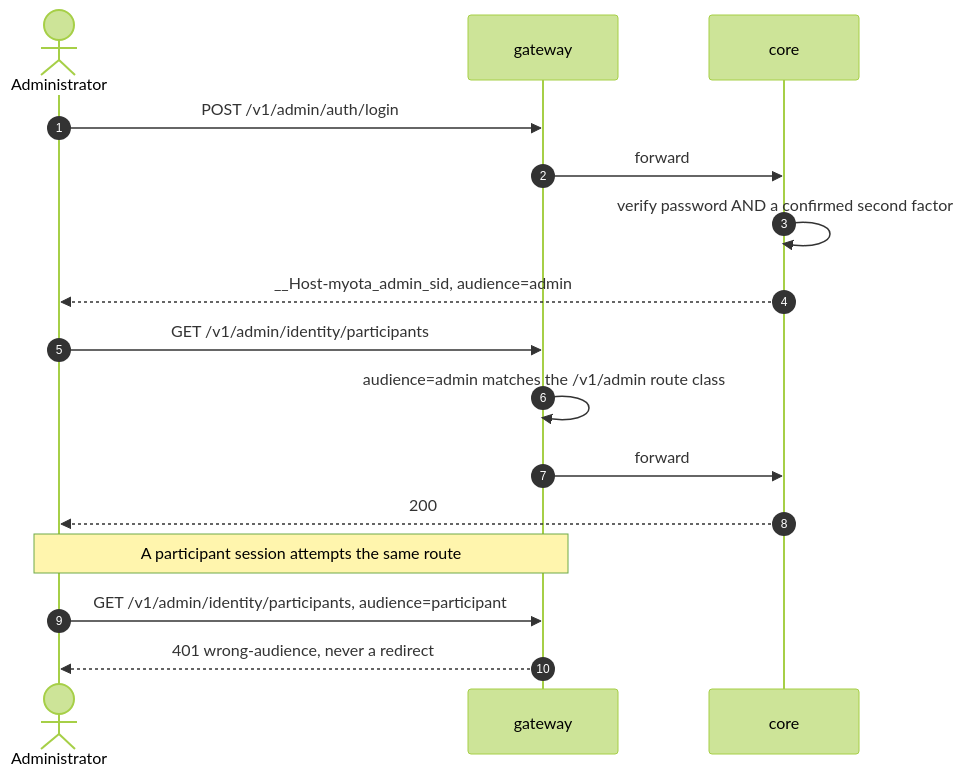
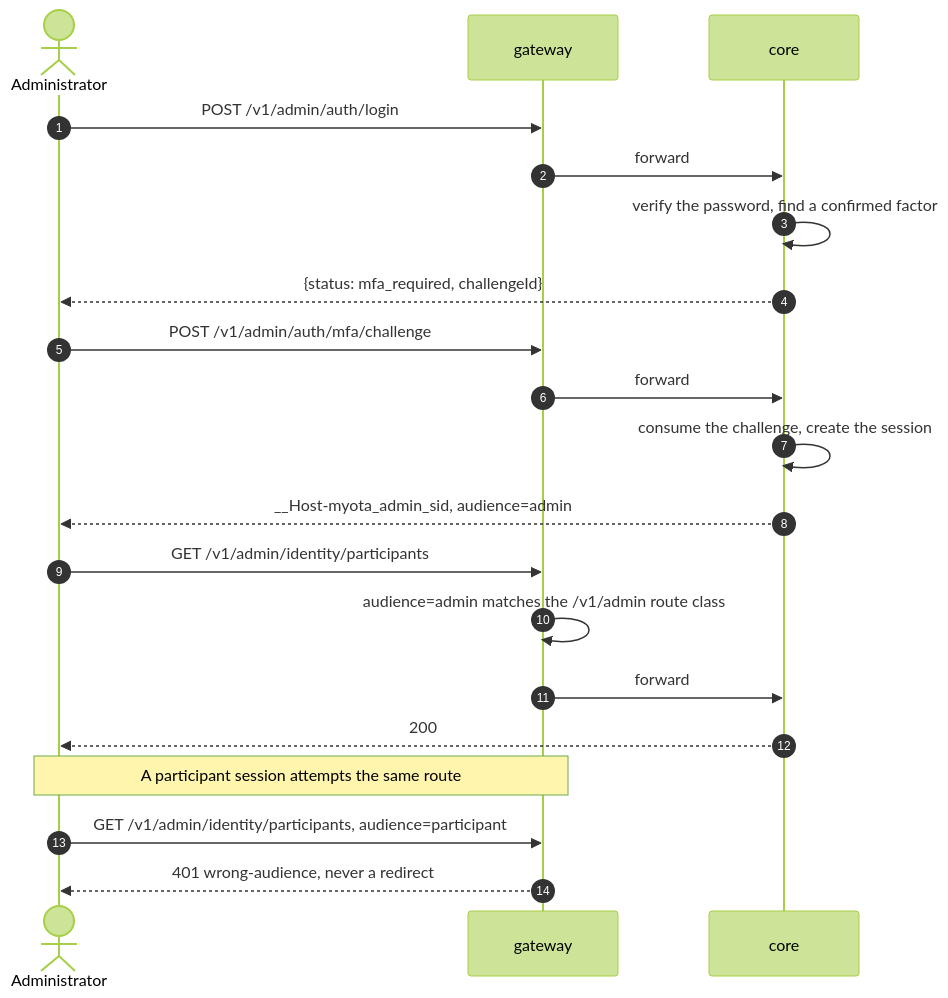
Before and after one commit to myota-platform/myota-new: the diagram in docs/architecture/auth-model.md, drawn with Mermaid (forest theme). The commit also changed other lines of this file and 3 other files, not shown here.

````diff
--- a/docs/architecture/auth-model.md
+++ b/docs/architecture/auth-model.md
@@ -54,21 +59,25 @@
 ```mermaid
 sequenceDiagram
     autonumber
     actor Op as Administrator
     participant Gate as gateway
     participant Core as core
 
     Op->>Gate: POST /v1/admin/auth/login
     Gate->>Core: forward
-    Core->>Core: verify password AND a confirmed second factor
+    Core->>Core: verify the password, find a confirmed factor
+    Core-->>Op: {status: mfa_required, challengeId}
+    Op->>Gate: POST /v1/admin/auth/mfa/challenge
+    Gate->>Core: forward
+    Core->>Core: consume the challenge, create the session
     Core-->>Op: __Host-myota_admin_sid, audience=admin
 
     Op->>Gate: GET /v1/admin/identity/participants
     Gate->>Gate: audience=admin matches the /v1/admin route class
     Gate->>Core: forward
     Core-->>Op: 200
 
     Note over Op,Gate: A participant session attempts the same route
     Op->>Gate: GET /v1/admin/identity/participants, audience=participant
     Gate-->>Op: 401 wrong-audience, never a redirect
 ```
````
